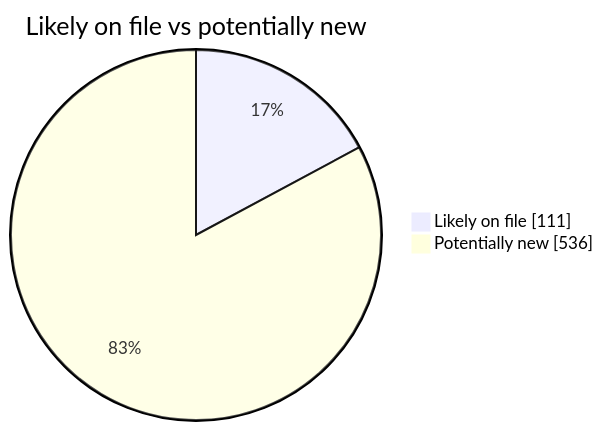
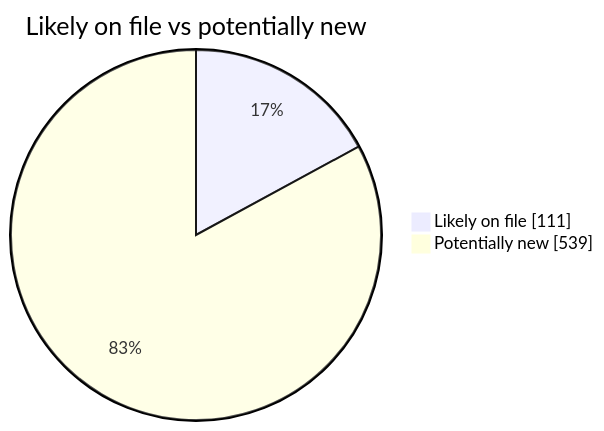
One commit to martinbalfanz/social-scanner-reports changed the second of 4 diagrams in README.md. Above: the diagram before and after it, drawn with Mermaid. The commit also changed other lines of this file and 4 other files, not shown here.

````diff
--- a/README.md
+++ b/README.md
@@ -40,5 +40,5 @@
 ```mermaid
 pie showData title Likely on file vs potentially new
     "Likely on file" : 111
-    "Potentially new" : 536
+    "Potentially new" : 539
 ```
````
